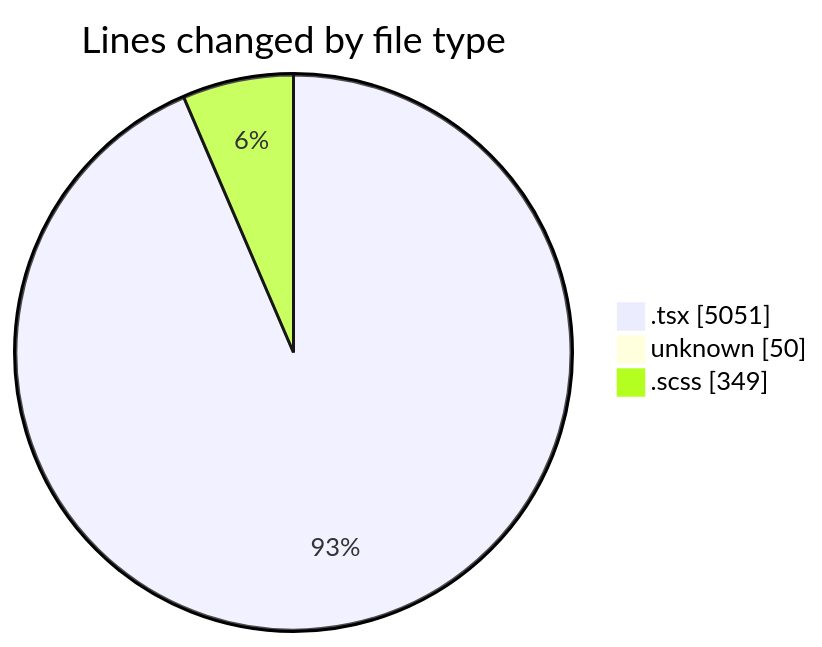
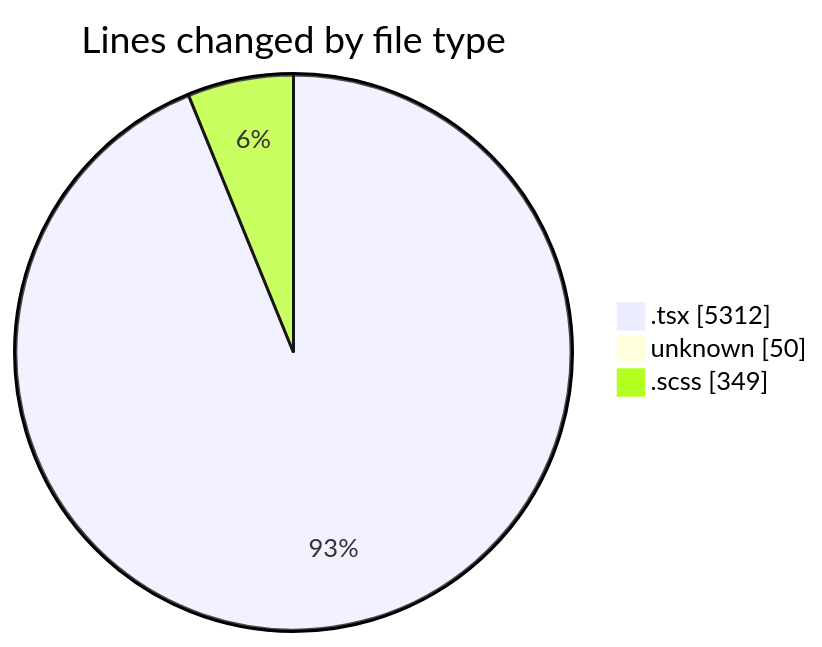
One commit to momahboobian/code-tracking changed the first of 2 diagrams in 2025-12-05/cda/README.md. Above: the diagram before and after it, drawn with Mermaid. The commit also changed other lines of this file and 1 other file, not shown here.

````diff
--- a/2025-12-05/cda/README.md
+++ b/2025-12-05/cda/README.md
@@ -30,7 +31,7 @@
 ```mermaid
 pie showData
 title Lines changed by file type
-".tsx" : 5051
+".tsx" : 5312
 "unknown" : 50
 ".scss" : 349
 ```
````
